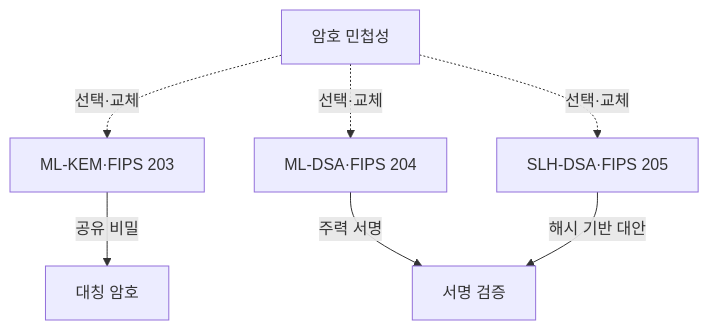
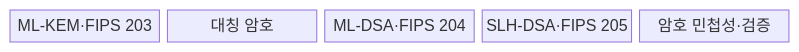
One commit to agnusdei1207/knowledge-base changed the first of 2 diagrams in src/content/docs/notes/07-law-policy/039_nist_pqc_fips.md. Above: the diagram before and after it, drawn with Mermaid. The commit also changed other lines of this file and 9 other files, not shown here.

````diff
--- a/src/content/docs/notes/07-law-policy/039_nist_pqc_fips.md
+++ b/src/content/docs/notes/07-law-policy/039_nist_pqc_fips.md
@@ -58,9 +58,9 @@
 ```mermaid
-flowchart TD
-    K[ML-KEM·FIPS 203] -->|공유 비밀| S[대칭 암호]
-    D1[ML-DSA·FIPS 204] -->|주력 서명| V[서명 검증]
-    D2[SLH-DSA·FIPS 205] -->|해시 기반 대안| V
-    A[암호 민첩성] -. 선택·교체 .-> K
-    A -. 선택·교체 .-> D1
-    A -. 선택·교체 .-> D2
+block-beta
+    columns 5
+    K["ML-KEM·FIPS 203"]
+    S["대칭 암호"]
+    D1["ML-DSA·FIPS 204"]
+    D2["SLH-DSA·FIPS 205"]
+    A["암호 민첩성·검증"]
 ```
````
